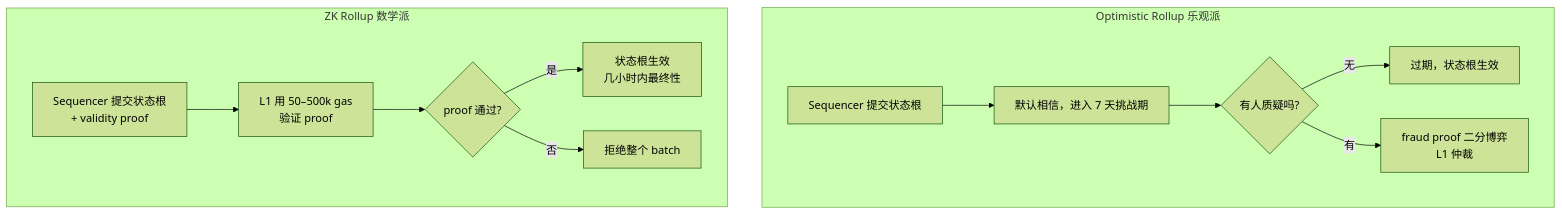
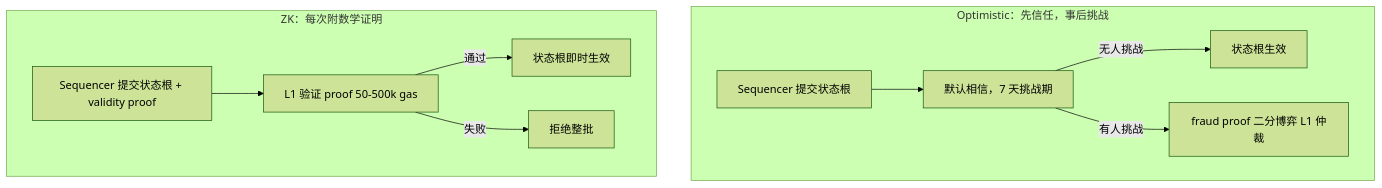
The fourth of 13 diagrams in web3-engineer-guide/07-L2与扩容/README.md (ChuwuYo/misc-files), drawn with Mermaid (forest theme) before and after one commit. The commit also changed other lines of this file and 211 other files, not shown here.

````diff
--- a/web3-engineer-guide/07-L2与扩容/README.md
+++ b/web3-engineer-guide/07-L2与扩容/README.md
@@ -148,24 +85,13 @@
 ```mermaid
 flowchart TB
-    subgraph OP[Optimistic Rollup 乐观派]
-        OP1[Sequencer 提交状态根]
-        OP2[默认相信，进入 7 天挑战期]
-        OP3{有人质疑吗?}
-        OP4[过期，状态根生效]
-        OP5[fraud proof 二分博弈<br>L1 仲裁]
-        OP1-->OP2-->OP3
-        OP3 -->|无| OP4
-        OP3 -->|有| OP5
+    subgraph OP[Optimistic：先信任，事后挑战]
+        OP1[Sequencer 提交状态根]-->OP2[默认相信，7 天挑战期]
+        OP2-->|无人挑战| OP3[状态根生效]
+        OP2-->|有人挑战| OP4[fraud proof 二分博弈 L1 仲裁]
     end
-
-    subgraph ZK[ZK Rollup 数学派]
-        ZK1[Sequencer 提交状态根<br>+ validity proof]
-        ZK2[L1 用 50–500k gas<br>验证 proof]
-        ZK3{proof 通过?}
-        ZK4[状态根生效<br>几小时内最终性]
-        ZK5[拒绝整个 batch]
-        ZK1-->ZK2-->ZK3
-        ZK3 -->|是| ZK4
-        ZK3 -->|否| ZK5
+    subgraph ZK[ZK：每次附数学证明]
+        ZK1[Sequencer 提交状态根 + validity proof]-->ZK2[L1 验证 proof 50-500k gas]
+        ZK2-->|通过| ZK3[状态根即时生效]
+        ZK2-->|失败| ZK4[拒绝整批]
     end
 ```
````
